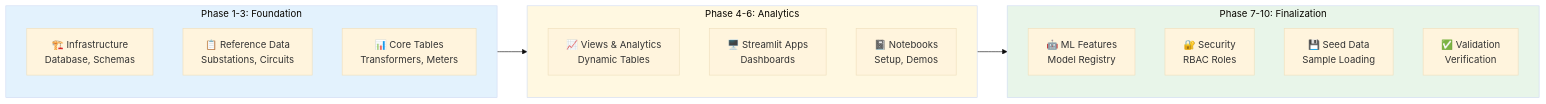
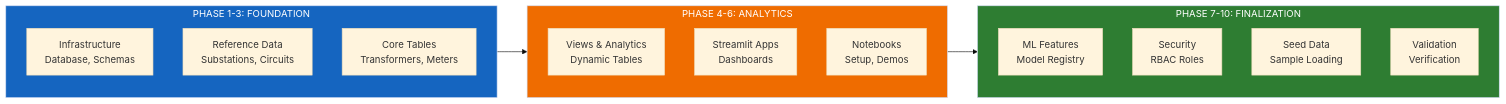
Before and after one commit to sfc-gh-abannerjee/flux-utility-solutions: the sixth of 7 diagrams in docs/ARCHITECTURE.md, drawn with Mermaid (base theme). The commit also changed other lines of this file and 1 other file, not shown here.

First line of the commit message:
Replace emojis with professional text labels in diagrams

````diff
--- a/docs/ARCHITECTURE.md
+++ b/docs/ARCHITECTURE.md
@@ -211,27 +211,27 @@
 ```mermaid
 flowchart LR
-    subgraph P1["Phase 1-3: Foundation"]
-        A1["🏗️ Infrastructure<br/>Database, Schemas"]
-        A2["📋 Reference Data<br/>Substations, Circuits"]
-        A3["📊 Core Tables<br/>Transformers, Meters"]
+    subgraph P1["PHASE 1-3: FOUNDATION"]
+        A1["Infrastructure<br/>Database, Schemas"]
+        A2["Reference Data<br/>Substations, Circuits"]
+        A3["Core Tables<br/>Transformers, Meters"]
     end
     
-    subgraph P2["Phase 4-6: Analytics"]
-        B1["📈 Views & Analytics<br/>Dynamic Tables"]
-        B2["🖥️ Streamlit Apps<br/>Dashboards"]
-        B3["📓 Notebooks<br/>Setup, Demos"]
+    subgraph P2["PHASE 4-6: ANALYTICS"]
+        B1["Views & Analytics<br/>Dynamic Tables"]
+        B2["Streamlit Apps<br/>Dashboards"]
+        B3["Notebooks<br/>Setup, Demos"]
     end
     
-    subgraph P3["Phase 7-10: Finalization"]
-        C1["🤖 ML Features<br/>Model Registry"]
-        C2["🔐 Security<br/>RBAC Roles"]
-        C3["💾 Seed Data<br/>Sample Loading"]
-        C4["✅ Validation<br/>Verification"]
+    subgraph P3["PHASE 7-10: FINALIZATION"]
+        C1["ML Features<br/>Model Registry"]
+        C2["Security<br/>RBAC Roles"]
+        C3["Seed Data<br/>Sample Loading"]
+        C4["Validation<br/>Verification"]
     end
     
     P1 --> P2 --> P3
     
-    style P1 fill:#e3f2fd
-    style P2 fill:#fff8e1
-    style P3 fill:#e8f5e9
+    style P1 fill:#1565c0,color:#fff
+    style P2 fill:#ef6c00,color:#fff
+    style P3 fill:#2e7d32,color:#fff
 ```
````
